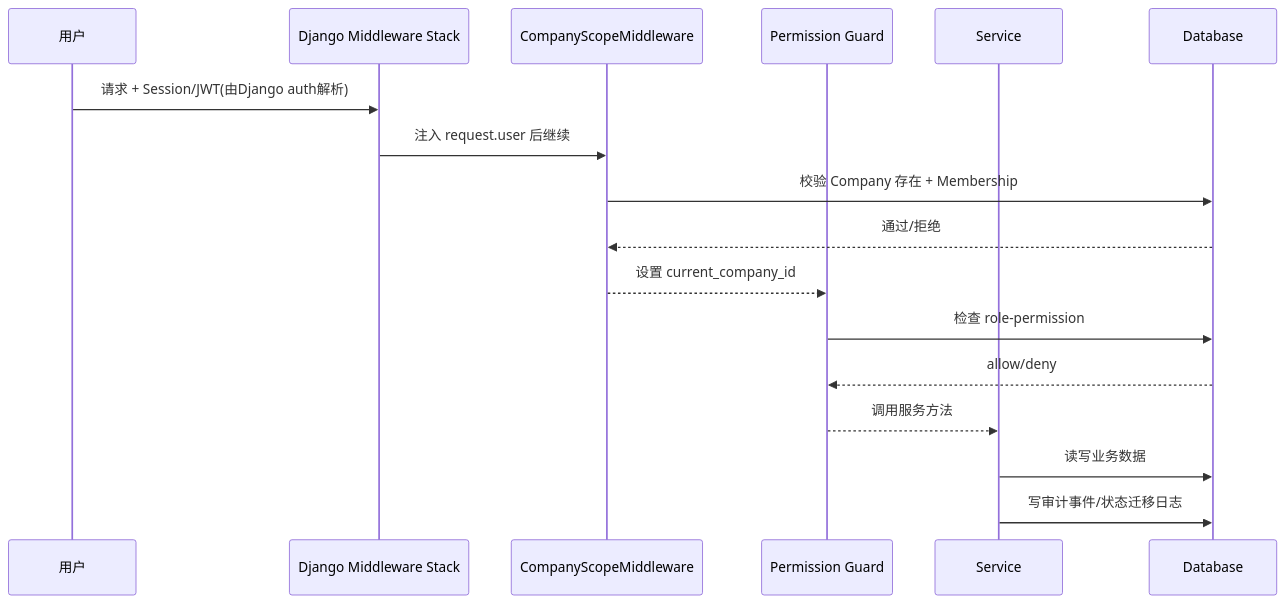
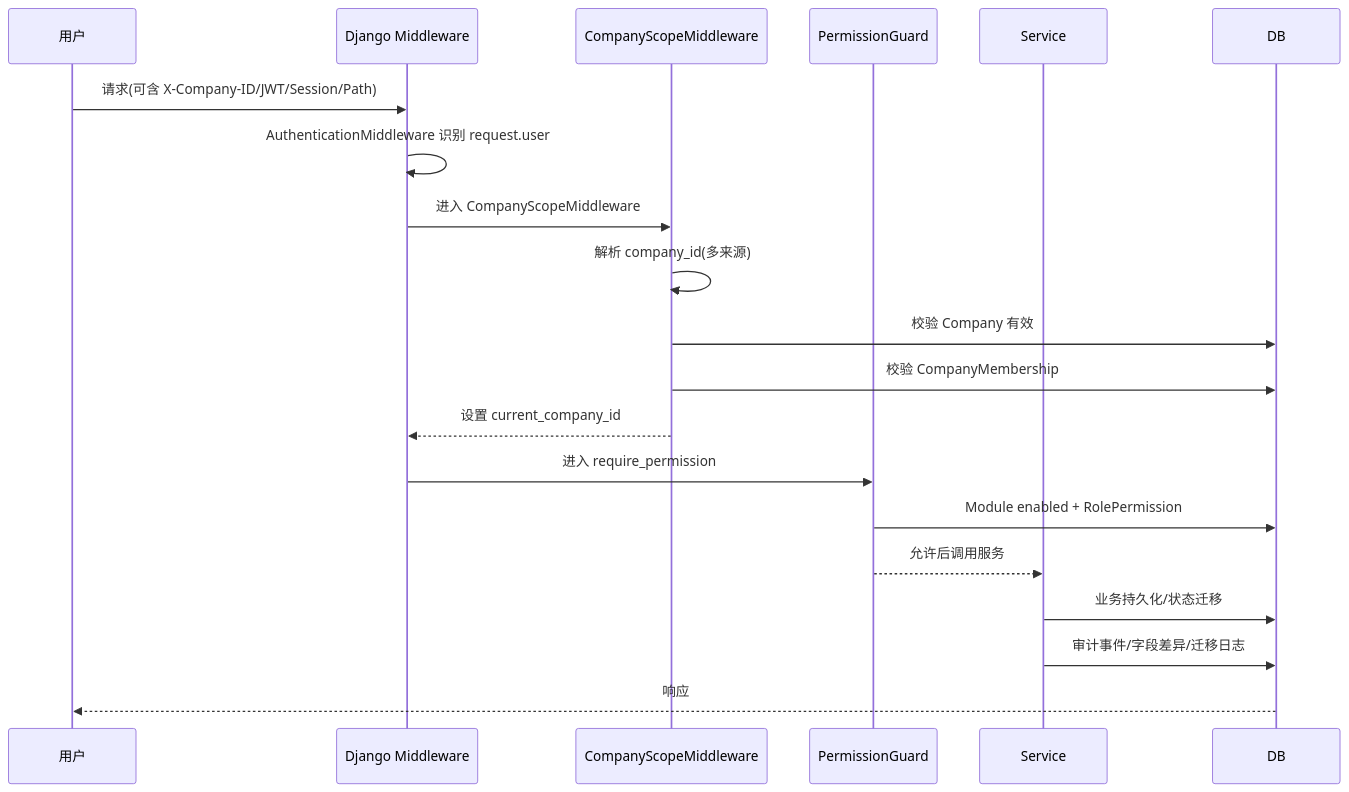
Before and after one commit to Yikmy/fnerp: the third of 6 diagrams in architecture_audit_report.md, drawn with Mermaid. The commit also changed other lines of this file, not shown here.

Commit message:
docs: refresh architecture audit against specs

````diff
--- a/architecture_audit_report.md
+++ b/architecture_audit_report.md
@@ -72,20 +102,23 @@
 ```mermaid
 sequenceDiagram
     participant U as 用户
-    participant D as Django Middleware Stack
-    participant C as CompanyScopeMiddleware
-    participant G as Permission Guard
-    participant S as Service
-    participant DB as Database
+    participant M as Django Middleware
+    participant S as CompanyScopeMiddleware
+    participant G as PermissionGuard
+    participant SV as Service
+    participant DB as DB
 
-    U->>D: 请求 + Session/JWT(由Django auth解析)
-    D->>C: 注入 request.user 后继续
-    C->>DB: 校验 Company 存在 + Membership
-    DB-->>C: 通过/拒绝
-    C-->>G: 设置 current_company_id
-    G->>DB: 检查 role-permission
-    DB-->>G: allow/deny
-    G-->>S: 调用服务方法
-    S->>DB: 读写业务数据
-    S->>DB: 写审计事件/状态迁移日志
+    U->>M: 请求(可含 X-Company-ID/JWT/Session/Path)
+    M->>M: AuthenticationMiddleware 识别 request.user
+    M->>S: 进入 CompanyScopeMiddleware
+    S->>S: 解析 company_id(多来源)
+    S->>DB: 校验 Company 有效
+    S->>DB: 校验 CompanyMembership
+    S-->>M: 设置 current_company_id
+    M->>G: 进入 require_permission
+    G->>DB: Module enabled + RolePermission
+    G-->>SV: 允许后调用服务
+    SV->>DB: 业务持久化/状态迁移
+    SV->>DB: 审计事件/字段差异/迁移日志
+    DB-->>U: 响应
 ```
````
